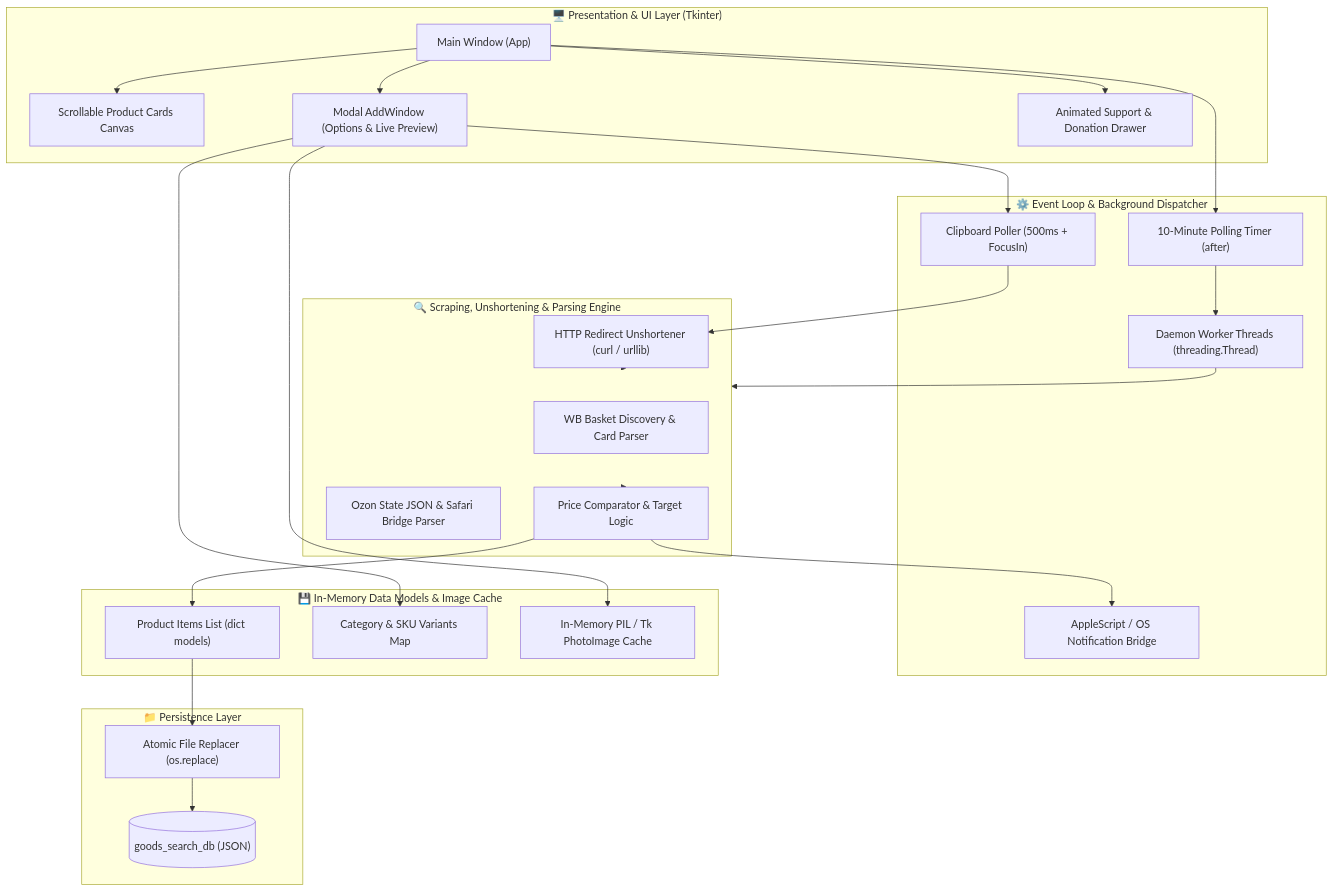
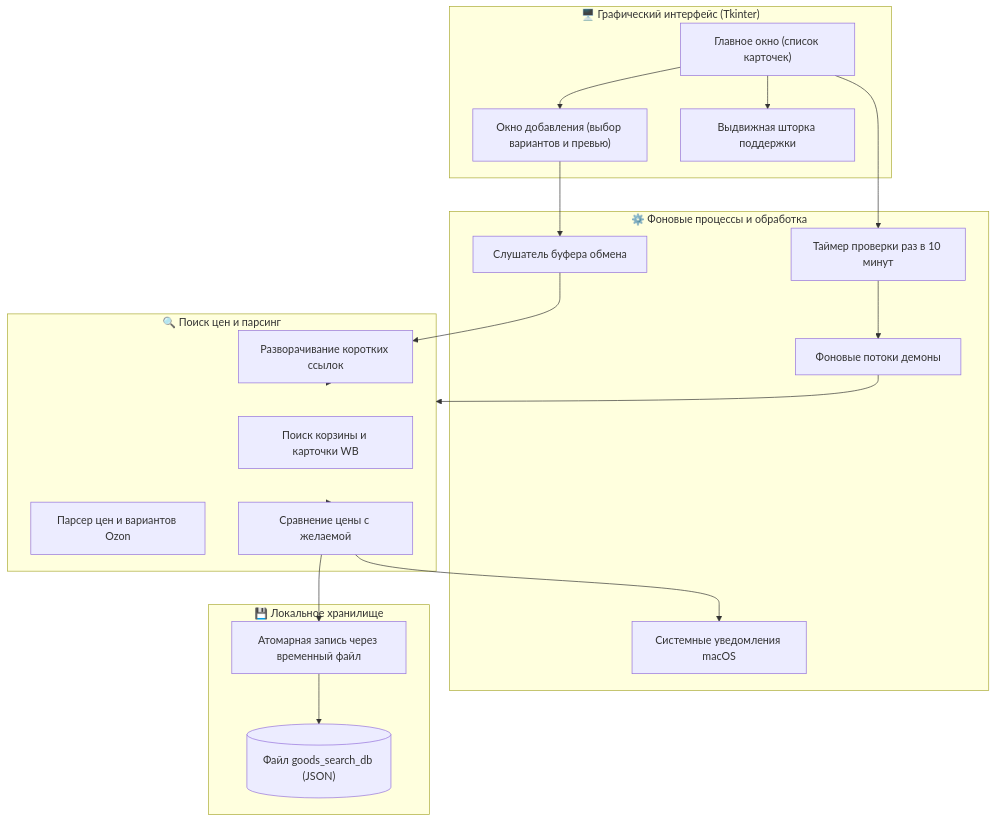
The diagram in README.md (git-sudo-ai/MarketTraker), drawn with Mermaid before and after one commit. The commit also changed other lines of this file and 1 other file, not shown here.

````diff
--- a/README.md
+++ b/README.md
@@ -59,56 +40,43 @@
 ```mermaid
 flowchart TD
-    subgraph Presentation_Layer["🖥️ Presentation & UI Layer (Tkinter)"]
-        MainApp["Main Window (App)"]
-        CardGrid["Scrollable Product Cards Canvas"]
-        AddDialog["Modal AddWindow (Options & Live Preview)"]
-        SupportDrawer["Animated Support & Donation Drawer"]
+    subgraph UI["🖥️ Графический интерфейс (Tkinter)"]
+        MainApp["Главное окно (список карточек)"]
+        AddDialog["Окно добавления (выбор вариантов и превью)"]
+        SupportDrawer["Выдвижная шторка поддержки"]
     end
 
-    subgraph Event_Layer["⚙️ Event Loop & Background Dispatcher"]
-        TimerLoop["10-Minute Polling Timer (after)"]
-        WorkerThreads["Daemon Worker Threads (threading.Thread)"]
-        ClipboardListener["Clipboard Poller (500ms + FocusIn)"]
-        NotificationBridge["AppleScript / OS Notification Bridge"]
+    subgraph Logic["⚙️ Фоновые процессы и обработка"]
+        TimerLoop["Таймер проверки раз в 10 минут"]
+        WorkerThreads["Фоновые потоки демоны"]
+        ClipboardListener["Слушатель буфера обмена"]
+        NotificationBridge["Системные уведомления macOS"]
     end
 
-    subgraph Core_Engine["🔍 Scraping, Unshortening & Parsing Engine"]
-        RedirectResolver["HTTP Redirect Unshortener (curl / urllib)"]
-        WBBasketEngine["WB Basket Discovery & Card Parser"]
-        OzonDOMEngine["Ozon State JSON & Safari Bridge Parser"]
-        PriceComparator["Price Comparator & Target Logic"]
+    subgraph Parser["🔍 Поиск цен и парсинг"]
+        RedirectResolver["Разворачивание коротких ссылок"]
+        WBBasketEngine["Поиск корзины и карточки WB"]
+        OzonDOMEngine["Парсер цен и вариантов Ozon"]
+        PriceComparator["Сравнение цены с желаемой"]
     end
 
-    subgraph Data_Layer["💾 In-Memory Data Models & Image Cache"]
-        MemDB["Product Items List (dict models)"]
-        VariantModel["Category & SKU Variants Map"]
-        ImgCache["In-Memory PIL / Tk PhotoImage Cache"]
+    subgraph Storage["💾 Локальное хранилище"]
+        AtomicWriter["Атомарная запись через временный файл"]
+        DiskDB[("Файл goods_search_db (JSON)")]
     end
 
-    subgraph Storage_Layer["📁 Persistence Layer"]
-        AtomicWriter["Atomic File Replacer (os.replace)"]
-        DiskDB[("goods_search_db (JSON)")]
-    end
+    MainApp --> AddDialog
+    MainApp --> SupportDrawer
+    MainApp --> TimerLoop
 
-    MainApp --> CardGrid
-    MainApp --> SupportDrawer
-    MainApp --> AddDialog
-
-    MainApp --> TimerLoop
     TimerLoop --> WorkerThreads
     AddDialog --> ClipboardListener
     ClipboardListener --> RedirectResolver
 
-    WorkerThreads --> Core_Engine
-    RedirectResolver --> Core_Engine
-    Core_Engine --> PriceComparator
+    WorkerThreads --> Parser
+    RedirectResolver --> Parser
+    Parser --> PriceComparator
 
     PriceComparator --> NotificationBridge
-    PriceComparator --> MemDB
-
-    AddDialog --> VariantModel
-    AddDialog --> ImgCache
-
-    MemDB --> AtomicWriter
+    PriceComparator --> AtomicWriter
     AtomicWriter --> DiskDB
 ```
````
